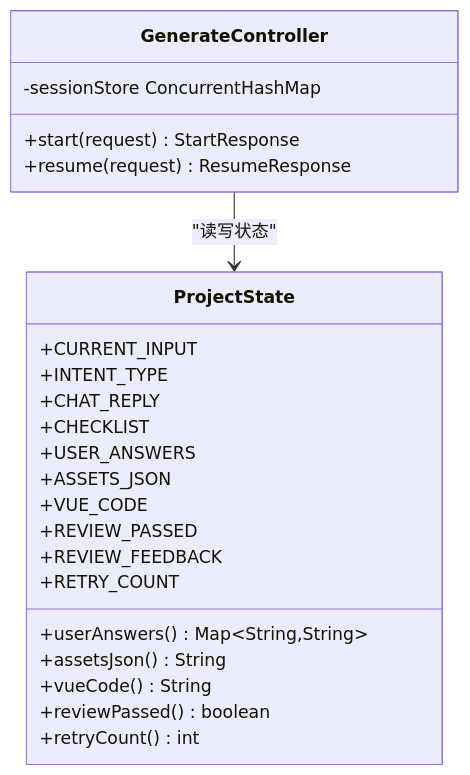
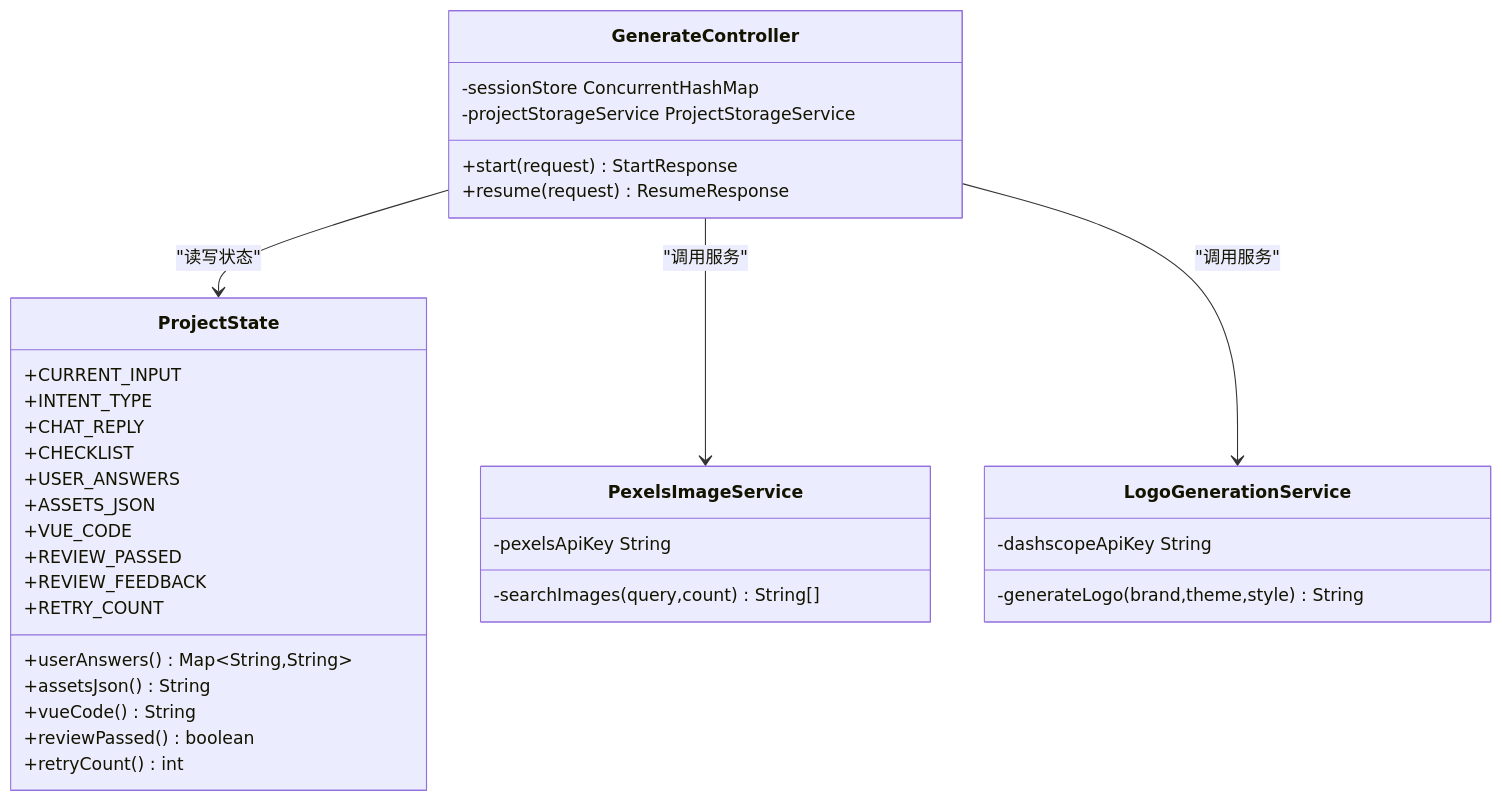
Before and after one commit to CyanYuKi/WebSiteFrontendCodeMother: the sixth of 8 diagrams in .qoder/repowiki/zh/content/AI工作流系统/AI节点分析/素材收集节点.md, drawn with Mermaid. The commit also changed other lines of this file and 21 other files, not shown here.

````diff
--- a/.qoder/repowiki/zh/content/AI工作流系统/AI节点分析/素材收集节点.md
+++ b/.qoder/repowiki/zh/content/AI工作流系统/AI节点分析/素材收集节点.md
@@ -227,26 +332,37 @@
 ```mermaid
 classDiagram
 class ProjectState {
 +CURRENT_INPUT
 +INTENT_TYPE
 +CHAT_REPLY
 +CHECKLIST
 +USER_ANSWERS
 +ASSETS_JSON
 +VUE_CODE
 +REVIEW_PASSED
 +REVIEW_FEEDBACK
 +RETRY_COUNT
 +userAnswers() Map~String,String~
 +assetsJson() String
 +vueCode() String
 +reviewPassed() boolean
 +retryCount() int
 }
 class GenerateController {
 +start(request) StartResponse
 +resume(request) ResumeResponse
 -sessionStore ConcurrentHashMap
+-projectStorageService ProjectStorageService
+}
+class PexelsImageService {
+-pexelsApiKey String
+-searchImages(query,count) String[]
+}
+class LogoGenerationService {
+-dashscopeApiKey String
+-generateLogo(brand,theme,style) String
 }
 GenerateController --> ProjectState : "读写状态"
+GenerateController --> PexelsImageService : "调用服务"
+GenerateController --> LogoGenerationService : "调用服务"
 ```
````
